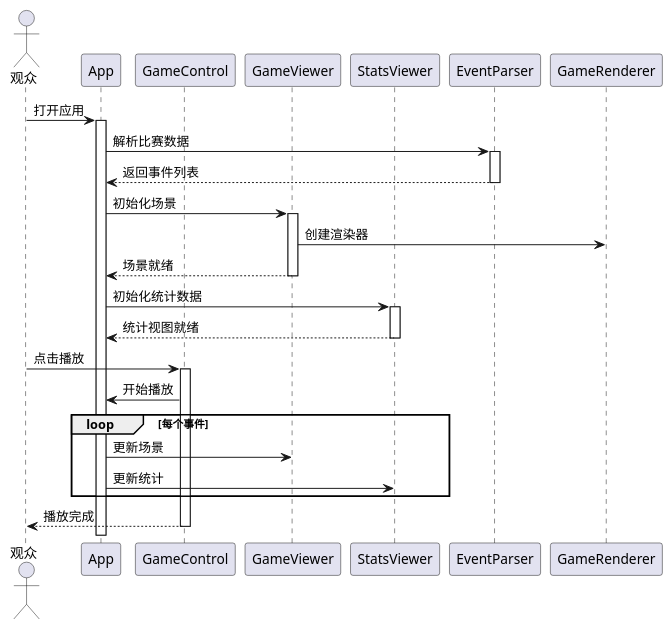
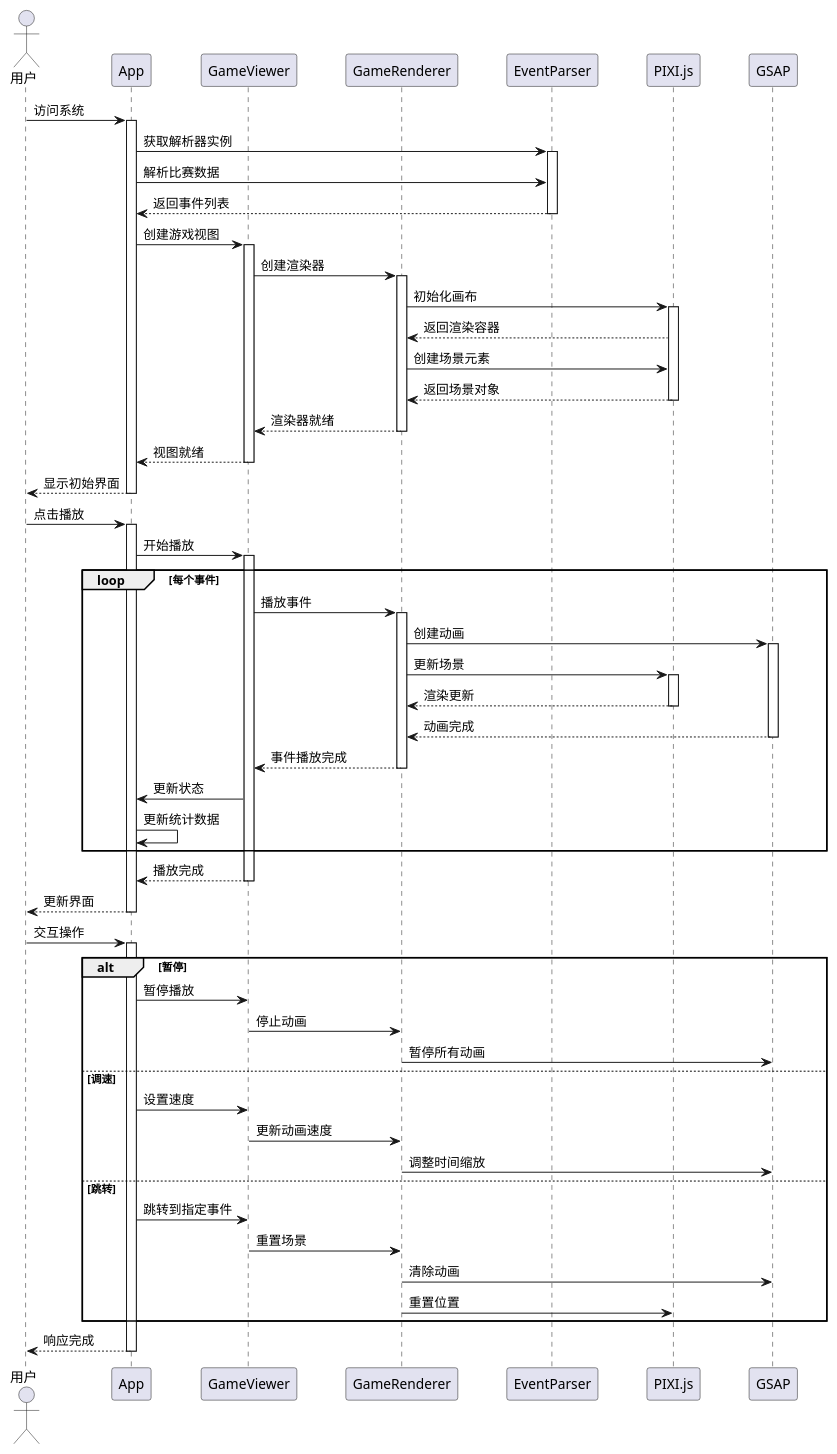
Before and after one commit to 2003silence/Live-visualization-of-sports-events: the diagram in docs/uml/sequence/main.puml, drawn with PlantUML. The commit also changed 3 other files, not shown here.

Commit message:
生成类图、时许图、状态图、用例图

```diff
--- a/docs/uml/sequence/main.puml
+++ b/docs/uml/sequence/main.puml
@@ -1,39 +1,109 @@
-@startuml 时序图
-actor 观众
+@startuml
+skinparam ParticipantPadding 20
+skinparam BoxPadding 10
+
+actor 用户
 participant App
-participant GameControl
 participant GameViewer
-participant StatsViewer
+participant GameRenderer
 participant EventParser
-participant GameRenderer
+participant "PIXI.js" as PIXI
+participant GSAP
 
-观众 -> App: 打开应用
-activate App
+box "初始化阶段" #LightBlue
+    用户 -> App: 访问系统
+    activate App
+    
+    App -> EventParser: 获取解析器实例
+    activate EventParser
+    
+    App -> EventParser: 解析比赛数据
+    EventParser --> App: 返回事件列表
+    deactivate EventParser
+    
+    App -> GameViewer: 创建游戏视图
+    activate GameViewer
+    
+    GameViewer -> GameRenderer: 创建渲染器
+    activate GameRenderer
+    
+    GameRenderer -> PIXI: 初始化画布
+    activate PIXI
+    PIXI --> GameRenderer: 返回渲染容器
+    
+    GameRenderer -> PIXI: 创建场景元素
+    PIXI --> GameRenderer: 返回场景对象
+    deactivate PIXI
+    
+    GameRenderer --> GameViewer: 渲染器就绪
+    deactivate GameRenderer
+    
+    GameViewer --> App: 视图就绪
+    deactivate GameViewer
+    
+    App --> 用户: 显示初始界面
+    deactivate App
+end box
 
-App -> EventParser: 解析比赛数据
-activate EventParser
-EventParser --> App: 返回事件列表
-deactivate EventParser
+box "播放控制" #LightYellow
+    用户 -> App: 点击播放
+    activate App
+    
+    App -> GameViewer: 开始播放
+    activate GameViewer
+    
+    loop 每个事件
+        GameViewer -> GameRenderer: 播放事件
+        activate GameRenderer
+        
+        GameRenderer -> GSAP: 创建动画
+        activate GSAP
+        
+        GameRenderer -> PIXI: 更新场景
+        activate PIXI
+        PIXI --> GameRenderer: 渲染更新
+        deactivate PIXI
+        
+        GSAP --> GameRenderer: 动画完成
+        deactivate GSAP
+        
+        GameRenderer --> GameViewer: 事件播放完成
+        deactivate GameRenderer
+        
+        GameViewer -> App: 更新状态
+        App -> App: 更新统计数据
+    end
+    
+    GameViewer --> App: 播放完成
+    deactivate GameViewer
+    
+    App --> 用户: 更新界面
+    deactivate App
+end box
 
-App -> GameViewer: 初始化场景
-activate GameViewer
-GameViewer -> GameRenderer: 创建渲染器
-GameViewer --> App: 场景就绪
-deactivate GameViewer
-
-App -> StatsViewer: 初始化统计数据
-activate StatsViewer
-StatsViewer --> App: 统计视图就绪
-deactivate StatsViewer
-
-观众 -> GameControl: 点击播放
-activate GameControl
-GameControl -> App: 开始播放
-loop 每个事件
-    App -> GameViewer: 更新场景
-    App -> StatsViewer: 更新统计
-end
-GameControl --> 观众: 播放完成
-deactivate GameControl
+box "交互控制" #LightGreen
+    用户 -> App: 交互操作
+    activate App
+    
+    alt 暂停
+        App -> GameViewer: 暂停播放
+        GameViewer -> GameRenderer: 停止动画
+        GameRenderer -> GSAP: 暂停所有动画
+        
+    else 调速
+        App -> GameViewer: 设置速度
+        GameViewer -> GameRenderer: 更新动画速度
+        GameRenderer -> GSAP: 调整时间缩放
+        
+    else 跳转
+        App -> GameViewer: 跳转到指定事件
+        GameViewer -> GameRenderer: 重置场景
+        GameRenderer -> GSAP: 清除动画
+        GameRenderer -> PIXI: 重置位置
+    end
+    
+    App --> 用户: 响应完成
+    deactivate App
+end box
 
 @enduml 
```
